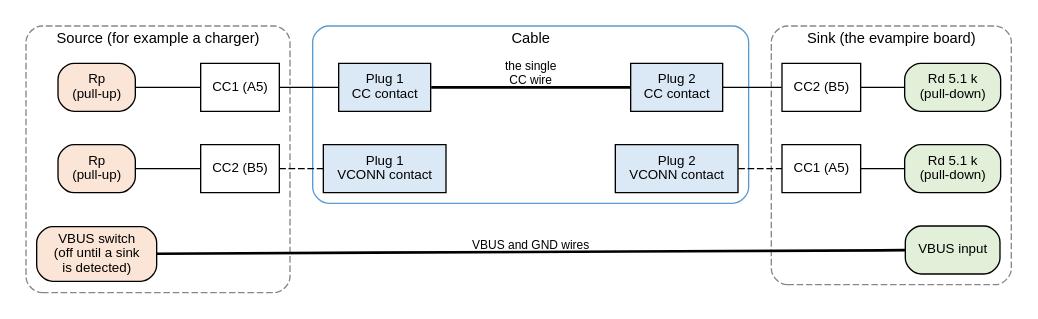
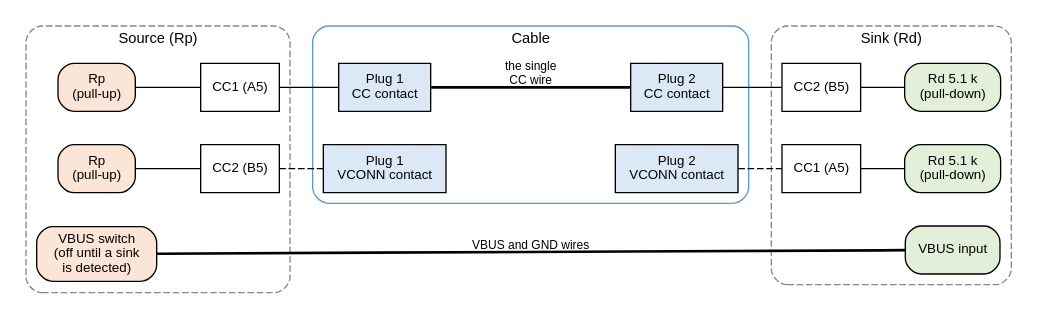
One commit to mithro/evampire changed the diagram in docs/power/usb-pd/cc-wiring.dot. Above: the diagram before and after it, drawn with Graphviz. The commit also changed 6 other files, not shown here.

First line of the commit message:
Add dual-role USB PD diagrams and calculation script

```diff
--- a/docs/power/usb-pd/cc-wiring.dot
+++ b/docs/power/usb-pd/cc-wiring.dot
@@ -1,57 +1,58 @@
 // How the CC wire connects a source to a sink through a USB Type-C cable.
 // The far plug is shown turned over, so source CC1 meets sink CC2.
+// Either end may be a board built around evampire.
 //
 // SPDX-License-Identifier: Apache-2.0
 
 digraph cc_wiring {
     graph [rankdir=LR, fontname="Helvetica", fontsize=11, nodesep=0.35,
            ranksep=0.45, newrank=true];
     node  [shape=box, style="rounded,filled", fillcolor="#f2f2f2",
            fontname="Helvetica", fontsize=10];
     edge  [fontname="Helvetica", fontsize=9, arrowhead=none];
 
     subgraph cluster_src {
-        label="Source (for example a charger)"; style="rounded,dashed"; color="#888888";
+        label="Source (Rp)"; style="rounded,dashed"; color="#888888";
         rp1    [label="Rp\n(pull-up)", fillcolor="#fbe5d6"];
         rp2    [label="Rp\n(pull-up)", fillcolor="#fbe5d6"];
         s_cc1  [label="CC1 (A5)", shape=box, style="filled", fillcolor="#ffffff"];
         s_cc2  [label="CC2 (B5)", shape=box, style="filled", fillcolor="#ffffff"];
         s_vbus [label="VBUS switch\n(off until a sink\nis detected)", fillcolor="#fbe5d6"];
     }
 
     subgraph cluster_cable {
         label="Cable"; style="rounded"; color="#5b9bd5";
         p1_cc    [label="Plug 1\nCC contact", style="filled", fillcolor="#dbe8f5"];
         p1_vconn [label="Plug 1\nVCONN contact", style="filled", fillcolor="#dbe8f5"];
         p2_cc    [label="Plug 2\nCC contact", style="filled", fillcolor="#dbe8f5"];
         p2_vconn [label="Plug 2\nVCONN contact", style="filled", fillcolor="#dbe8f5"];
     }
 
     subgraph cluster_snk {
-        label="Sink (the evampire board)"; style="rounded,dashed"; color="#888888";
+        label="Sink (Rd)"; style="rounded,dashed"; color="#888888";
         k_cc1  [label="CC1 (A5)", shape=box, style="filled", fillcolor="#ffffff"];
         k_cc2  [label="CC2 (B5)", shape=box, style="filled", fillcolor="#ffffff"];
         rd1    [label="Rd 5.1 k\n(pull-down)", fillcolor="#e2f0d9"];
         rd2    [label="Rd 5.1 k\n(pull-down)", fillcolor="#e2f0d9"];
         k_vbus [label="VBUS input", fillcolor="#e2f0d9"];
     }
 
     { rank=same; rp1; rp2; s_vbus; }
     { rank=same; s_cc1; s_cc2; }
     { rank=same; p1_cc; p1_vconn; }
     { rank=same; p2_cc; p2_vconn; }
     { rank=same; k_cc1; k_cc2; }
     { rank=same; rd1; rd2; k_vbus; }
 
     rp1 -> s_cc1;
     rp2 -> s_cc2;
     s_cc1 -> p1_cc;
     s_cc2 -> p1_vconn [style=dashed];
     p1_cc -> p2_cc [penwidth=2, label="the single\nCC wire"];
     p1_vconn -> p2_vconn [style=invis];
     p2_cc -> k_cc2;
     p2_vconn -> k_cc1 [style=dashed];
     k_cc1 -> rd1;
     k_cc2 -> rd2;
     s_vbus -> k_vbus [penwidth=2, label="VBUS and GND wires", constraint=false];
 }
```
